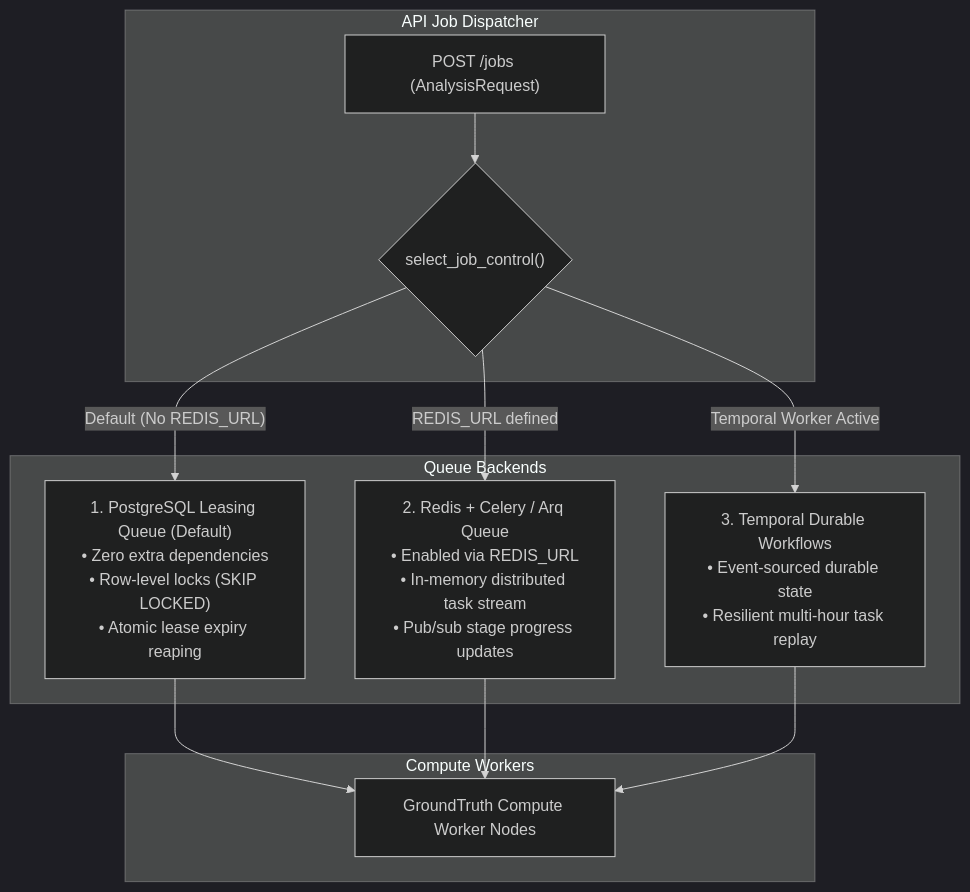
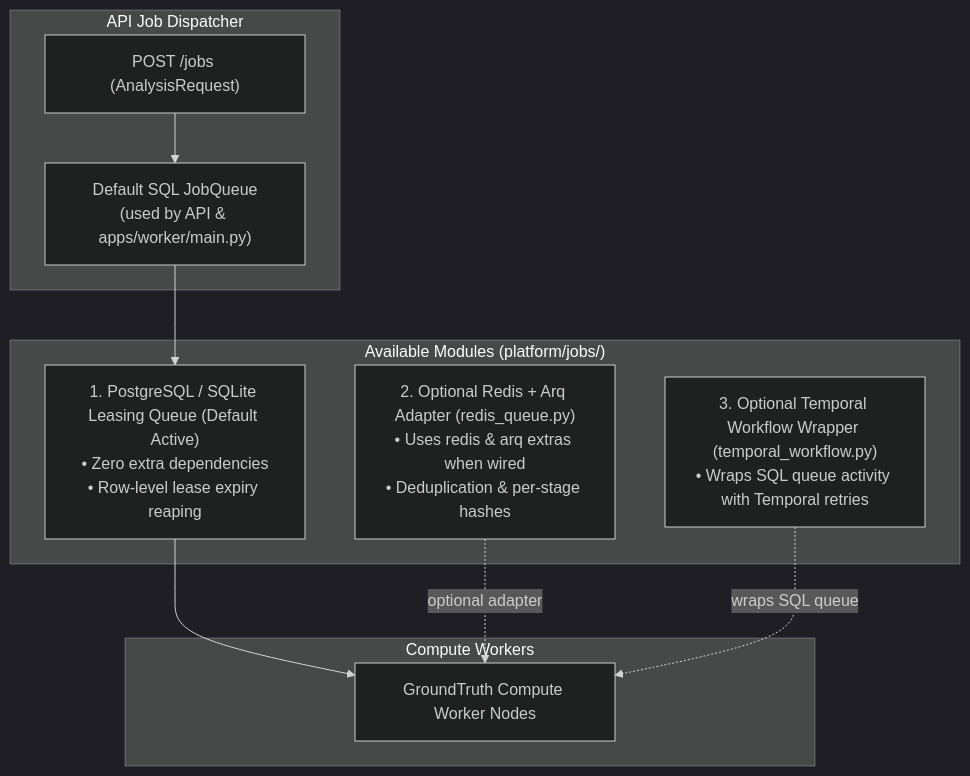
One commit to Viraj281105/GroundTruth changed the diagram in docs/queue-backends.md. Above: the diagram before and after it, drawn with Mermaid (dark theme). The commit also changed other lines of this file and 71 other files, not shown here.

````diff
--- a/docs/queue-backends.md
+++ b/docs/queue-backends.md
@@ -8,25 +8,23 @@
 ```mermaid
 graph TD
     subgraph JobSubmission["API Job Dispatcher"]
         SubmitReq["POST /jobs (AnalysisRequest)"]
-        Selector{"select_job_control()"}
+        SQLActive["Default SQL JobQueue<br/>(used by API & apps/worker/main.py)"]
     end
 
-    subgraph BackendOptions["Queue Backends"]
-        SQLBackend["1. PostgreSQL Leasing Queue (Default)<br/>• Zero extra dependencies<br/>• Row-level locks (SKIP LOCKED)<br/>• Atomic lease expiry reaping"]
-        RedisBackend["2. Redis + Celery / Arq Queue<br/>• Enabled via REDIS_URL<br/>• In-memory distributed task stream<br/>• Pub/sub stage progress updates"]
-        TemporalBackend["3. Temporal Durable Workflows<br/>• Event-sourced durable state<br/>• Resilient multi-hour task replay"]
+    subgraph BackendOptions["Available Modules (platform/jobs/)"]
+        SQLBackend["1. PostgreSQL / SQLite Leasing Queue (Default Active)<br/>• Zero extra dependencies<br/>• Row-level lease expiry reaping"]
+        RedisBackend["2. Optional Redis + Arq Adapter (redis_queue.py)<br/>• Uses redis & arq extras when wired<br/>• Deduplication & per-stage hashes"]
+        TemporalBackend["3. Optional Temporal Workflow Wrapper (temporal_workflow.py)<br/>• Wraps SQL queue activity with Temporal retries"]
     end
 
     subgraph WorkerExecution["Compute Workers"]
         WorkerNodes["GroundTruth Compute Worker Nodes"]
     end
 
-    SubmitReq --> Selector
-    Selector -- "Default (No REDIS_URL)" --> SQLBackend
-    Selector -- "REDIS_URL defined" --> RedisBackend
-    Selector -- "Temporal Worker Active" --> TemporalBackend
+    SubmitReq --> SQLActive
+    SQLActive --> SQLBackend
     SQLBackend --> WorkerNodes
-    RedisBackend --> WorkerNodes
-    TemporalBackend --> WorkerNodes
+    RedisBackend -. optional adapter .-> WorkerNodes
+    TemporalBackend -. wraps SQL queue .-> WorkerNodes
 ```
````
